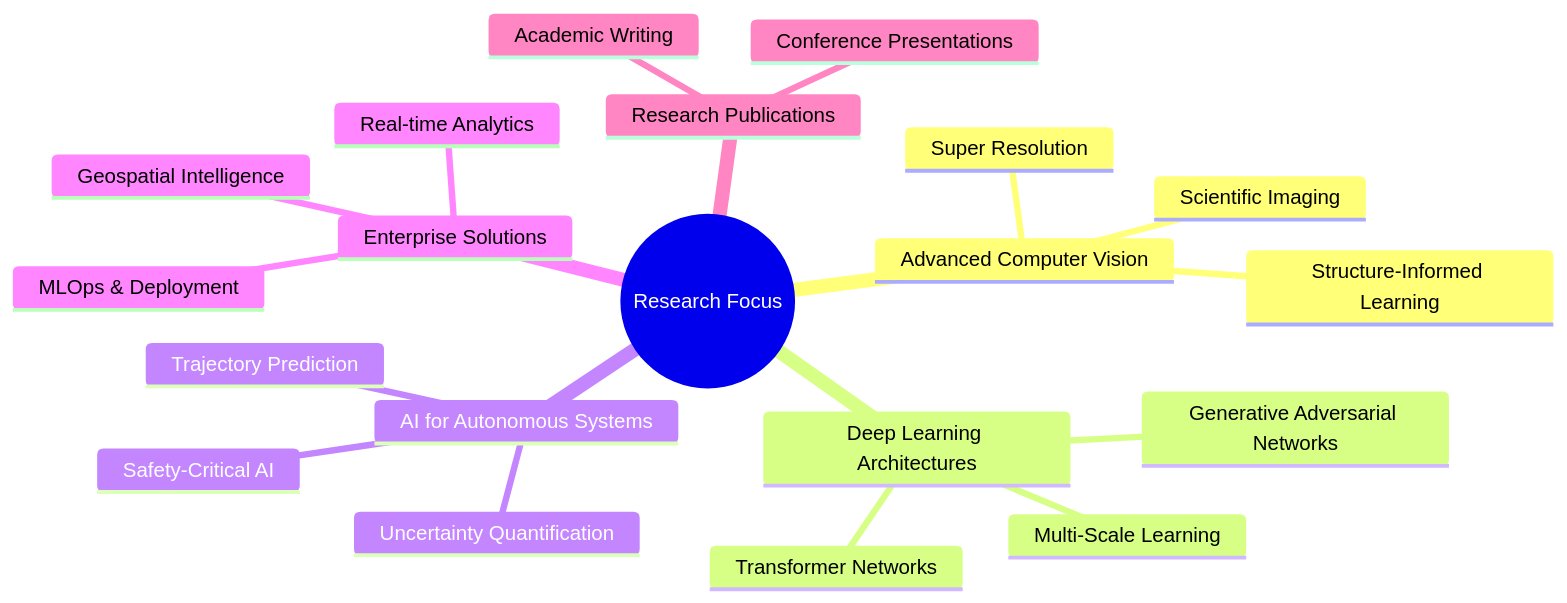
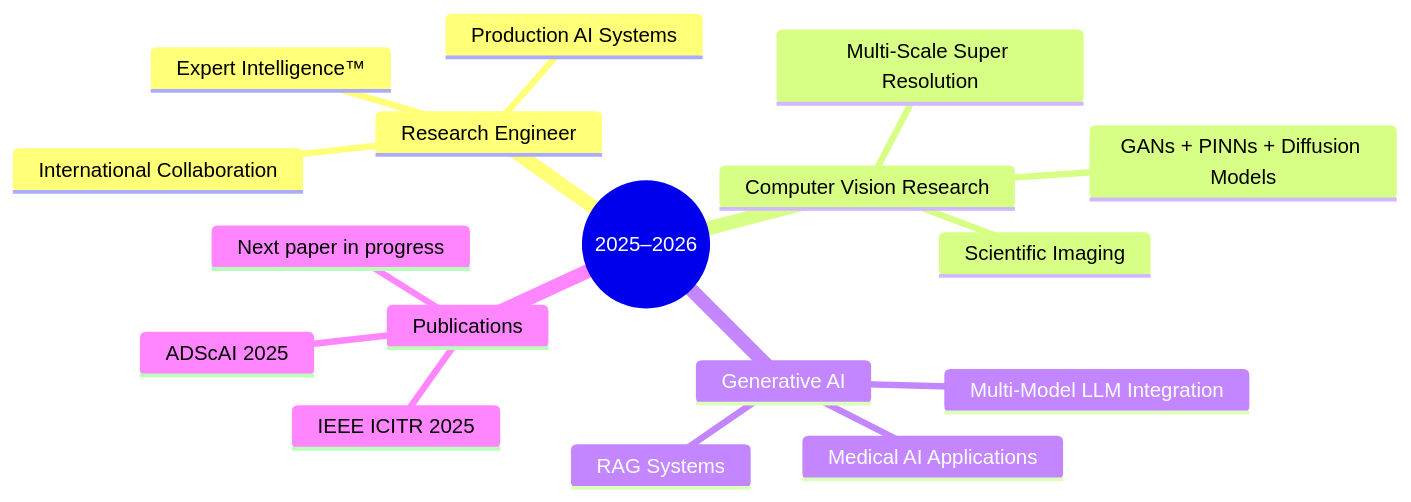
Before and after one commit to randikapra/randikapra: the diagram in README.md, drawn with Mermaid. The commit also changed other lines of this file, not shown here.

````diff
--- a/README.md
+++ b/README.md
@@ -294,23 +327,20 @@
 ```mermaid
 mindmap
-  root((Research Focus))
-    Advanced Computer Vision
-      Super Resolution
+  root((2025–2026))
+    Research Engineer
+      Expert Intelligence™
+      Production AI Systems
+      International Collaboration
+    Computer Vision Research
+      Multi-Scale Super Resolution
+      GANs + PINNs + Diffusion Models
       Scientific Imaging
-      Structure-Informed Learning
-    Deep Learning Architectures
-      Transformer Networks
-      Generative Adversarial Networks
-      Multi-Scale Learning
-    AI for Autonomous Systems
-      Trajectory Prediction
-      Uncertainty Quantification
-      Safety-Critical AI
-    Enterprise Solutions
-      Real-time Analytics
-      Geospatial Intelligence
-      MLOps & Deployment
-    Research Publications
-      Academic Writing
-      Conference Presentations
+    Generative AI
+      RAG Systems
+      Multi-Model LLM Integration
+      Medical AI Applications
+    Publications
+      IEEE ICITR 2025
+      ADScAI 2025
+      Next paper in progress
 ```
````
